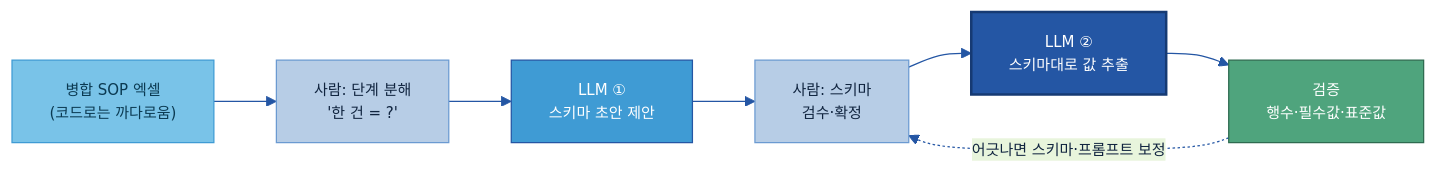
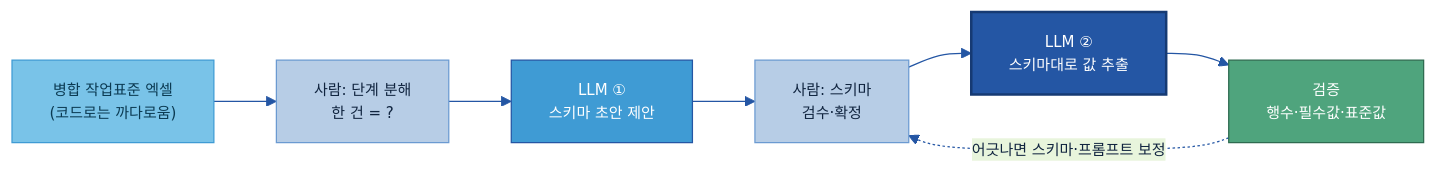
Before and after one commit to jin-kearney/ai-ready-data-manual: the third of 6 diagrams in 가이드 작성/B-1 데이터 전처리/B-1 데이터 전처리.md, drawn with Mermaid. The commit also changed other lines of this file and 2 other files, not shown here.

````diff
--- a/가이드 작성/B-1 데이터 전처리/B-1 데이터 전처리.md
+++ b/가이드 작성/B-1 데이터 전처리/B-1 데이터 전처리.md
@@ -568,17 +420,17 @@
 ```mermaid
 %%{init: {'theme':'base','themeVariables':{'primaryColor':'#DCE8F5','primaryBorderColor':'#2456A4','primaryTextColor':'#10243f','lineColor':'#2456A4','fontSize':'12px'}}}%%
 flowchart LR
-    DOC["병합 SOP 엑셀<br/>(코드로는 까다로움)"]:::src
-    H1["사람: 단계 분해<br/>'한 건 = ?'"]:::n
+    DOC["병합 작업표준 엑셀<br/>(코드로는 까다로움)"]:::src
+    H1["사람: 단계 분해<br/>한 건 = ?"]:::n
     P1["LLM ①<br/>스키마 초안 제안"]:::gate
     H2["사람: 스키마<br/>검수·확정"]:::n
     P2["LLM ②<br/>스키마대로 값 추출"]:::cat
     V["검증<br/>행수·필수값·표준값"]:::loop
     DOC --> H1 --> P1 --> H2 --> P2 --> V
     V -.어긋나면 스키마·프롬프트 보정.-> H2
     classDef n fill:#B7CDE6,stroke:#6B9AD1,color:#10243f;
     classDef src fill:#79C3E8,stroke:#3F9BD4,color:#0b3a52;
     classDef cat fill:#2456A4,color:#fff,stroke:#163a73,stroke-width:2px;
     classDef gate fill:#3F9BD4,stroke:#2456A4,color:#fff;
     classDef loop fill:#4FA47D,stroke:#2f6b50,color:#fff;
 ```
````
